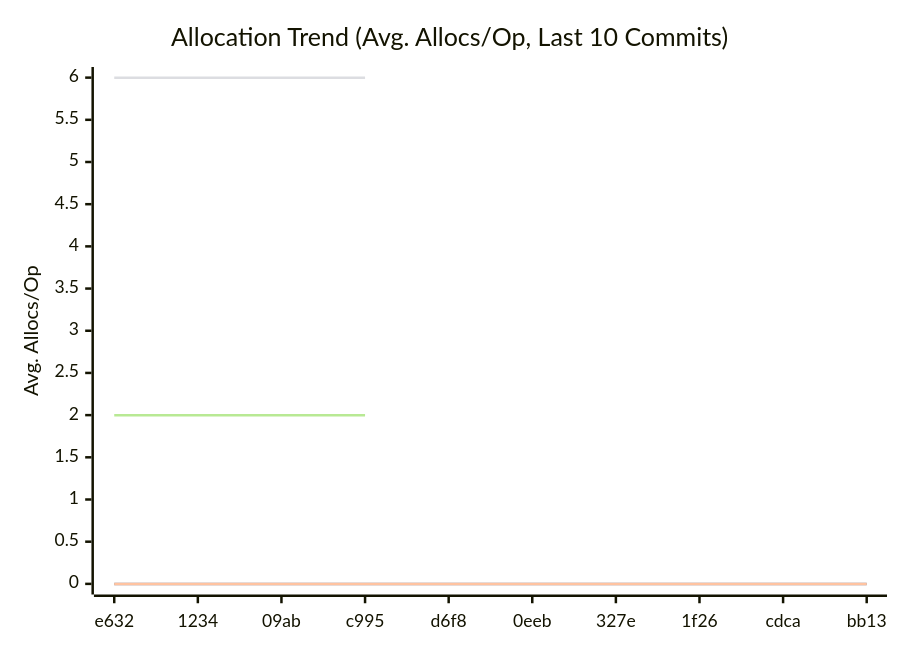
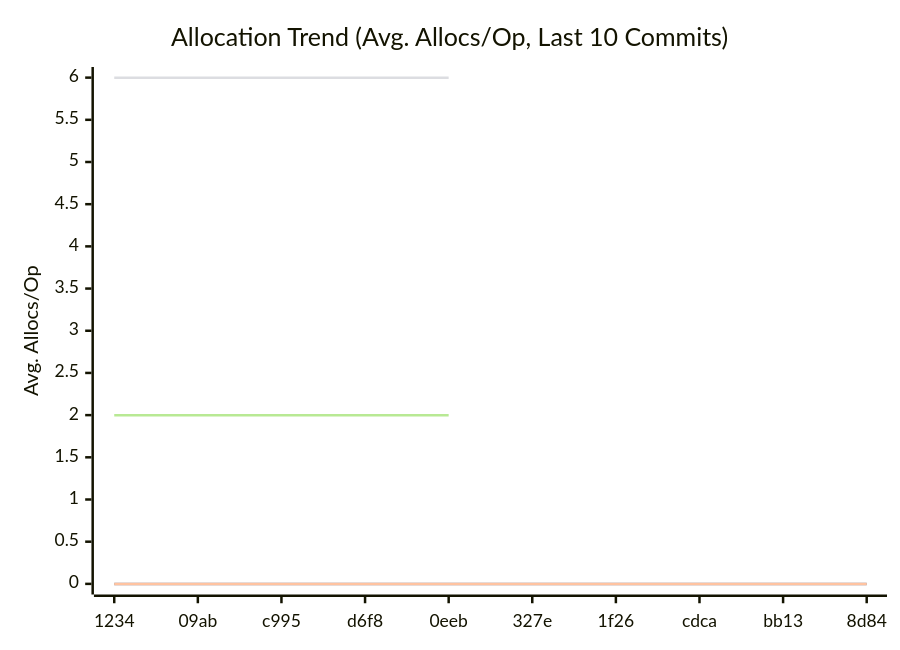
The third of 3 diagrams in doc/README.md (alsotoes/momo), drawn with Mermaid before and after one commit. The commit also changed other lines of this file and 1 other file, not shown here.

````diff
--- a/doc/README.md
+++ b/doc/README.md
@@ -322,12 +322,12 @@
 ```mermaid
 xychart-beta
     title "Allocation Trend (Avg. Allocs/Op, Last 10 Commits)"
     x-axis "Commit"
     y-axis "Avg. Allocs/Op"
-    x-axis [e632,1234,09ab,c995,d6f8,0eeb,327e,1f26,cdca,bb13]
+    x-axis [1234,09ab,c995,d6f8,0eeb,327e,1f26,cdca,bb13,8d84]
     line "CheckMetricsAndSwap" [0,0,0,0,0,0,0,0,0,0]
     line "IndexDirectTracking" [0,0,0,0,0,0,0,0,0,0]
     line "IndexSearch" [0,0,0,0,0,0,0,0,0,0]
-    line "ParseReplicationOrder_NoPrealloc" [6,6,6,6]
-    line "ParseReplicationOrder_Prealloc" [2,2,2,2]
+    line "ParseReplicationOrder_NoPrealloc" [6,6,6,6,6]
+    line "ParseReplicationOrder_Prealloc" [2,2,2,2,2]
 ```
````
